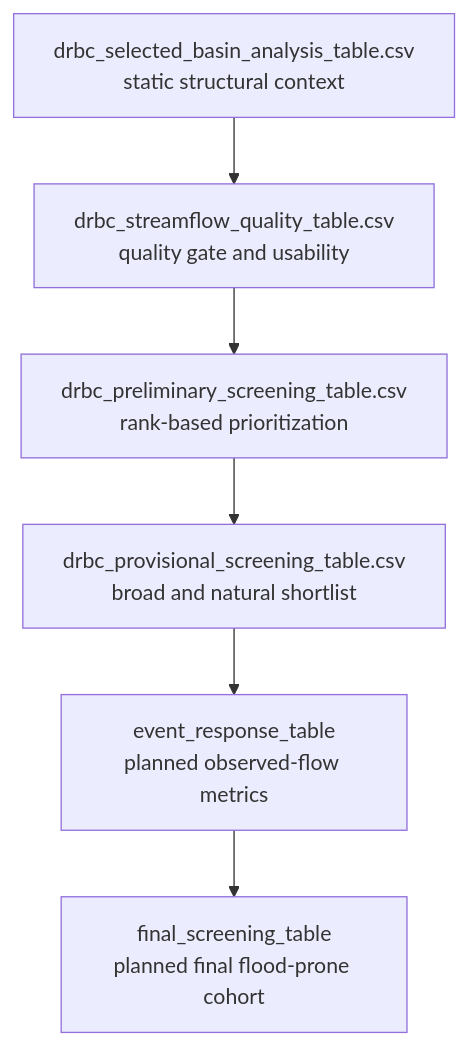
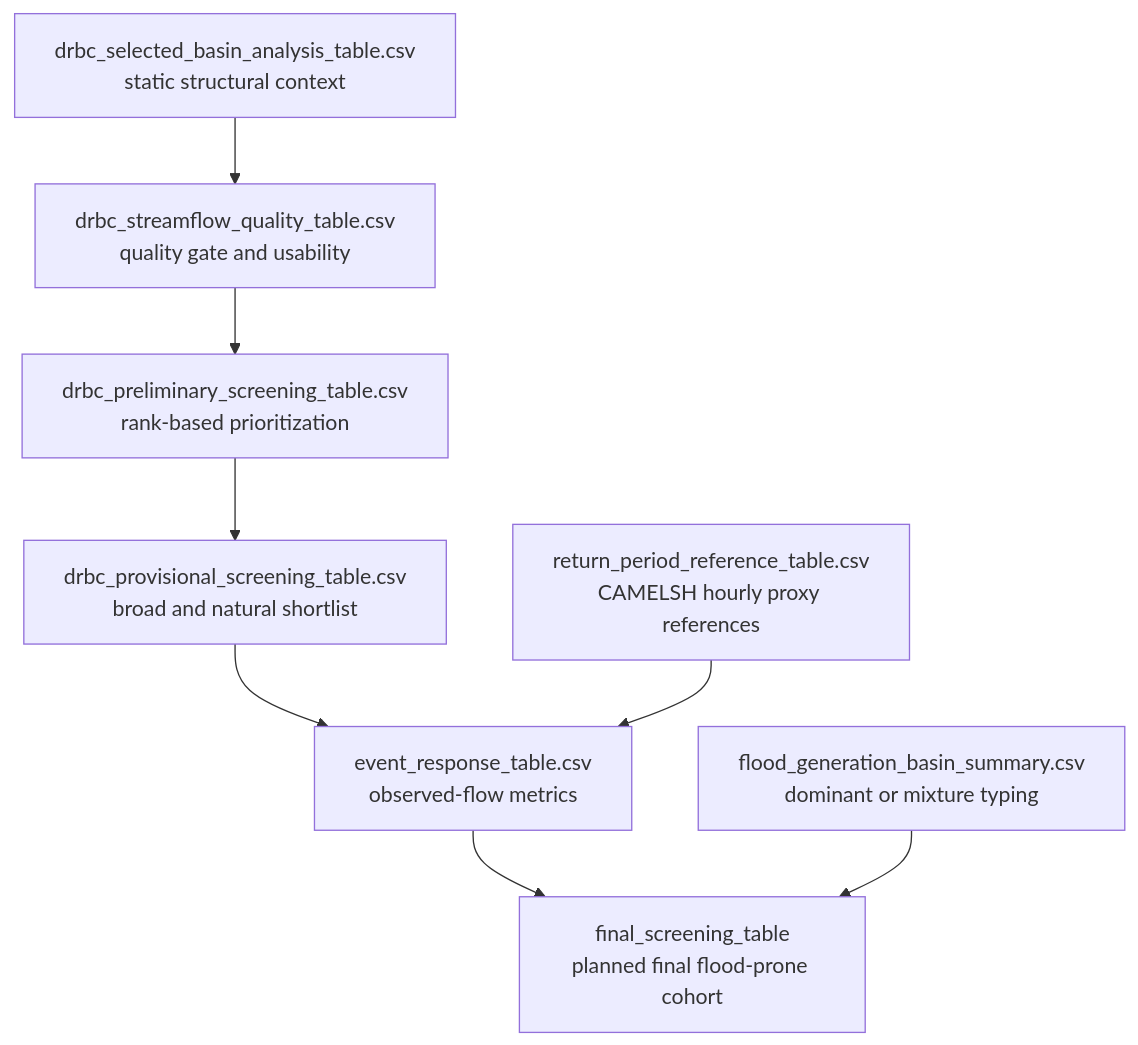
One commit to mossyantler/flood-underestimation-lstm changed the second of 2 diagrams in docs/workflow/basin_analysis.md. Above: the diagram before and after it, drawn with Mermaid. The commit also changed other lines of this file and 21 other files, not shown here.

Commit message:
Add CAMELSH flood analysis pipeline

````diff
--- a/docs/workflow/basin_analysis.md
+++ b/docs/workflow/basin_analysis.md
@@ -113,11 +124,15 @@
 ```mermaid
 flowchart TD
     A["drbc_selected_basin_analysis_table.csv<br/>static structural context"]
     B["drbc_streamflow_quality_table.csv<br/>quality gate and usability"]
     C["drbc_preliminary_screening_table.csv<br/>rank-based prioritization"]
     D["drbc_provisional_screening_table.csv<br/>broad and natural shortlist"]
-    E["event_response_table<br/>planned observed-flow metrics"]
+    E["event_response_table.csv<br/>observed-flow metrics"]
+    G["return_period_reference_table.csv<br/>CAMELSH hourly proxy references"]
+    H["flood_generation_basin_summary.csv<br/>dominant or mixture typing"]
     F["final_screening_table<br/>planned final flood-prone cohort"]
 
     A --> B --> C --> D --> E --> F
+    G --> E
+    H --> F
 ```
````
